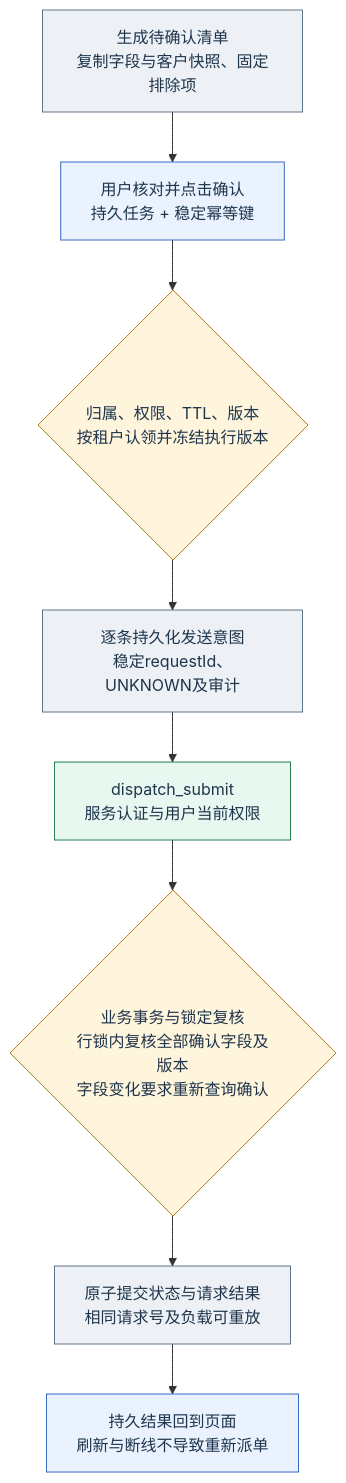
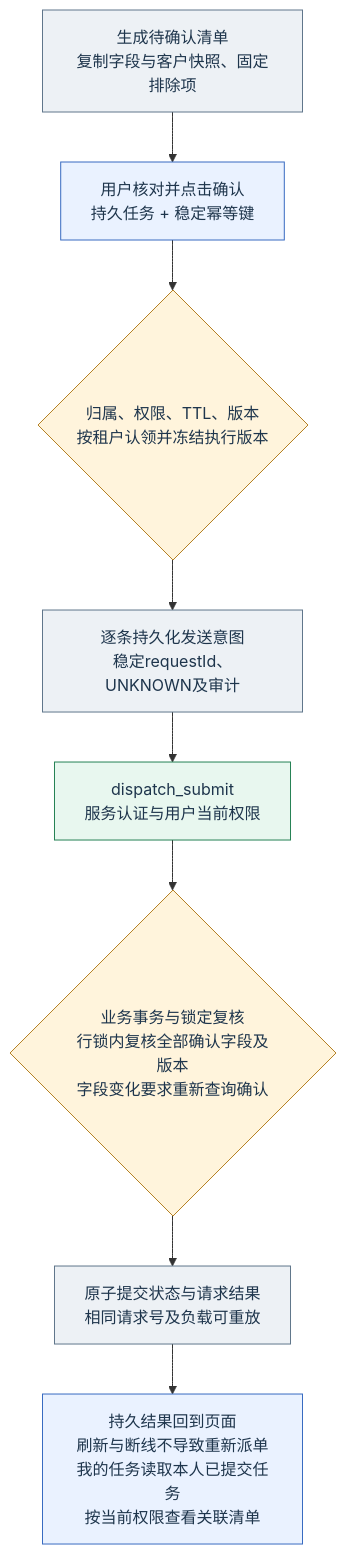
Before and after one commit to QSZJAVA/agent_demo: the diagram in docs/diagrams/demo-final/05.mmd, drawn with Mermaid. The commit also changed 615 other files, not shown here.

```diff
--- a/docs/diagrams/demo-final/05.mmd
+++ b/docs/diagrams/demo-final/05.mmd
@@ -1,23 +1,23 @@
 flowchart TD
   plan["生成待确认清单<br/>复制字段与客户快照、固定排除项"]:::store
   confirm["用户核对并点击确认<br/>持久任务 + 稳定幂等键"]:::ui
   gate{"归属、权限、TTL、版本<br/>按租户认领并冻结执行版本"}:::guard
   intent["逐条持久化发送意图<br/>稳定requestId、UNKNOWN及审计"]:::store
   mcp["dispatch_submit<br/>服务认证与用户当前权限"]:::business
   lock{"业务事务与锁定复核<br/>行锁内复核全部确认字段及版本<br/>字段变化要求重新查询确认"}:::guard
   write["原子提交状态与请求结果<br/>相同请求号及负载可重放"]:::store
-  result["持久结果回到页面<br/>刷新与断线不导致重新派单"]:::ui
+  result["持久结果回到页面<br/>刷新与断线不导致重新派单<br/>我的任务读取本人已提交任务<br/>按当前权限查看关联清单"]:::ui
   plan --> confirm
   confirm --> gate
   gate --> intent
   intent --> mcp
   mcp --> lock
   lock --> write
   write --> result
   classDef ui fill:#eaf2ff,stroke:#386bc1,color:#1e354c
   classDef agent fill:#edf5ff,stroke:#3778a8,color:#1e354c
   classDef model fill:#f3edff,stroke:#8751bf,color:#1e354c
   classDef business fill:#e8f7ef,stroke:#268255,color:#1e354c
   classDef guard fill:#fff4dc,stroke:#b58022,color:#1e354c
   classDef error fill:#fff0ef,stroke:#ba534e,color:#1e354c
   classDef store fill:#edf1f5,stroke:#60768b,color:#1e354c
```
